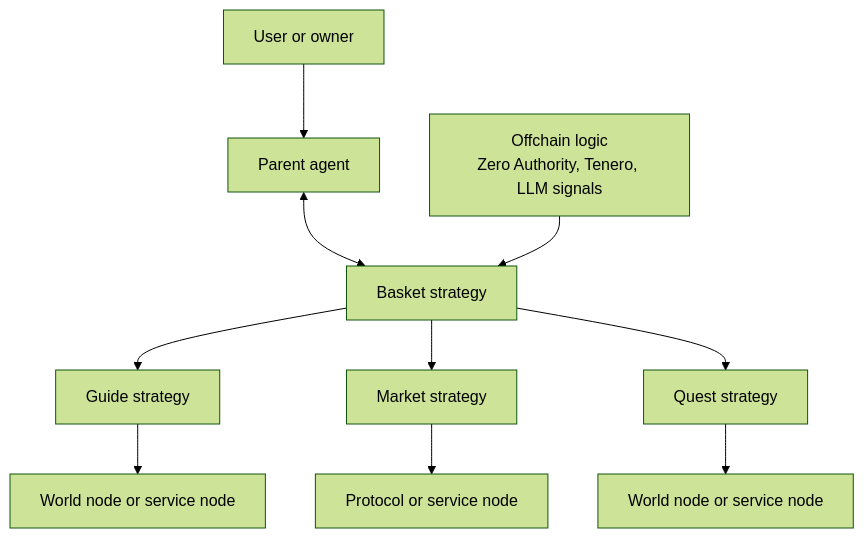
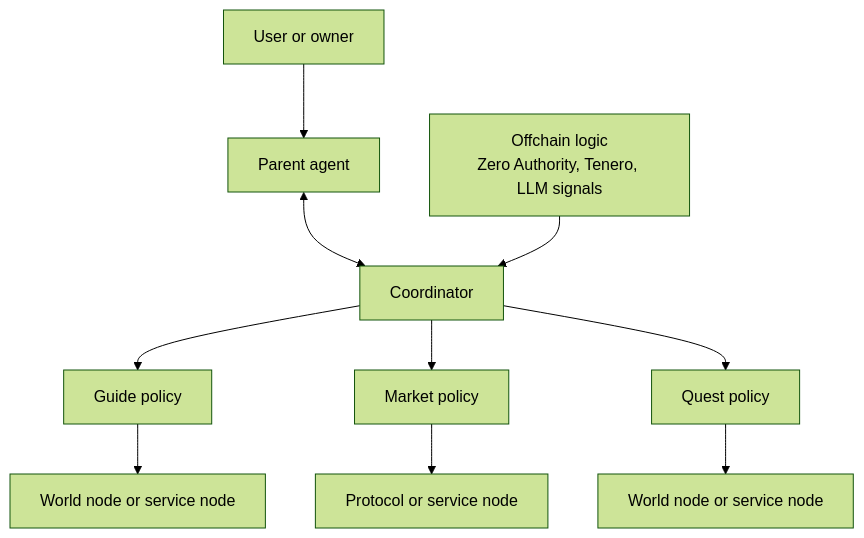
One commit to retroverse404/---stacks2d-dungeons-agents changed the seventh of 12 diagrams in docs/Stacks2D-Architecture.md. Above: the diagram before and after it, drawn with Mermaid (forest theme). The commit also changed other lines of this file and 36 other files, not shown here.

Commit message:
docs: publish canonical architecture and submission pack

````diff
--- a/docs/Stacks2D-Architecture.md
+++ b/docs/Stacks2D-Architecture.md
@@ -201,12 +201,12 @@
 ```mermaid
 flowchart TD
   U[User or owner] --> P[Parent agent]
-  P <--> B[Basket strategy]
+  P <--> B[Coordinator]
   O[Offchain logic<br/>Zero Authority, Tenero, LLM signals] --> B
-  B --> S1[Guide strategy]
-  B --> S2[Market strategy]
-  B --> S3[Quest strategy]
+  B --> S1[Guide policy]
+  B --> S2[Market policy]
+  B --> S3[Quest policy]
   S1 --> N1[World node or service node]
   S2 --> N2[Protocol or service node]
   S3 --> N3[World node or service node]
 ```
````
